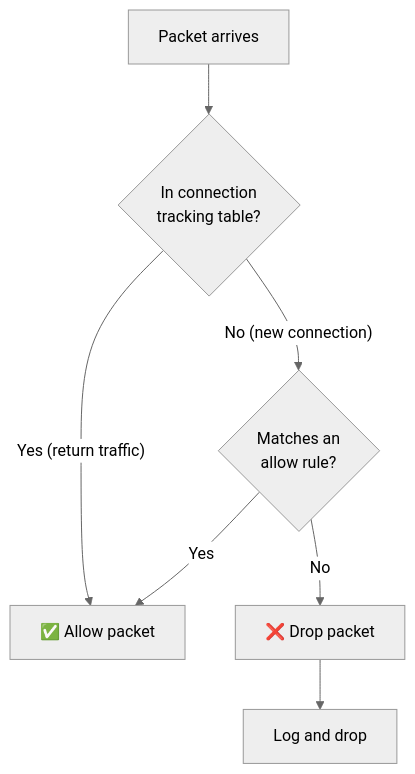
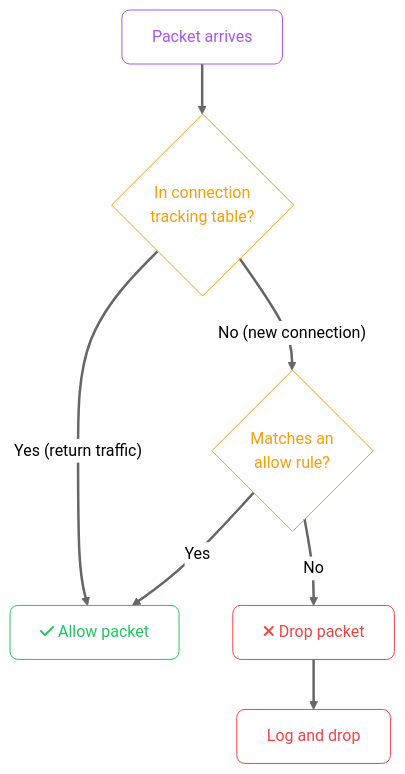
Before and after one commit to zafarale/cloudification: the fourth of 7 diagrams in src/content/cloud/common/networking-basics.mdx, drawn with Mermaid (neutral theme). The commit also changed other lines of this file and 84 other files, not shown here.

````diff
--- a/src/content/cloud/common/networking-basics.mdx
+++ b/src/content/cloud/common/networking-basics.mdx
@@ -163,16 +183,24 @@
 ```mermaid
 flowchart TD
-    PKT["Packet arrives"]
-    CONN_TBL{"In connection\ntracking table?"}
-    RULE_CHK{"Matches an\nallow rule?"}
-    ALLOW["✅ Allow packet"]
-    DENY["❌ Drop packet"]
-    LOG["Log and drop"]
+    accTitle: Stateful Firewalls: Security Groups and NSGs
+    accDescr: Flowchart (td) showing Packet arrives, In connection tracking table, Matches an allow rule
+    classDef step fill:none,stroke:#a855f7,color:#a855f7,rx:8,ry:8
+    classDef ok   fill:none,stroke:#22c55e,color:#22c55e,rx:8,ry:8
+    classDef fail fill:none,stroke:#ef4444,color:#ef4444,rx:8,ry:8
+    classDef decesion fill:none,stroke:#f59e0b,color:#f59e0b,rx:8,ry:8
+    linkStyle default stroke-width:2.5px
+
+    PKT["Packet arrives"]:::step
+    CONN_TBL{"In connection<br/>tracking table?"}:::decesion
+    RULE_CHK{"Matches an<br/>allow rule?"}:::decesion
+    ALLOW["fa:fa-check Allow packet"]:::ok
+    DENY["fa:fa-xmark Drop packet"]:::fail
+    LOG["Log and drop"]:::fail
 
     PKT --> CONN_TBL
     CONN_TBL -- "Yes (return traffic)" --> ALLOW
     CONN_TBL -- "No (new connection)" --> RULE_CHK
     RULE_CHK -- "Yes" --> ALLOW
     RULE_CHK -- "No" --> DENY
     DENY --> LOG
 ```
````
